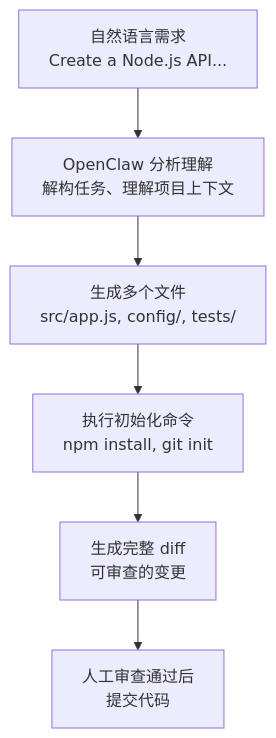
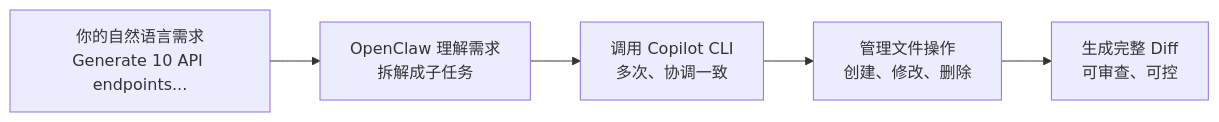
One commit to shawndenggh/shawndeng.tech changed the second of 6 diagrams in content/posts/openclaw-copilot-automation.md. Above: the diagram before and after it, drawn with Mermaid. The commit also changed other lines of this file, not shown here.

Commit message:
refactor: rewrite article - focus on using OpenClaw to orchestrate Copilot for batch code generation

````diff
--- a/content/posts/openclaw-copilot-automation.md
+++ b/content/posts/openclaw-copilot-automation.md
@@ -58,15 +37,10 @@
 ```mermaid
-graph TD
-    A["自然语言需求<br/>Create a Node.js API..."] 
-    B["OpenClaw 分析理解<br/>解构任务、理解项目上下文"]
-    C["生成多个文件<br/>src/app.js, config/, tests/"]
-    D["执行初始化命令<br/>npm install, git init"]
-    E["生成完整 diff<br/>可审查的变更"]
-    F["人工审查通过后<br/>提交代码"]
+graph LR
+    A["你的自然语言需求<br/>Generate 10 API endpoints..."]
+    B["OpenClaw 理解需求<br/>拆解成子任务"]
+    C["调用 Copilot CLI<br/>多次、协调一致"]
+    D["管理文件操作<br/>创建、修改、删除"]
+    E["生成完整 Diff<br/>可审查、可控"]
     
-    A --> B
-    B --> C
-    C --> D
-    D --> E
-    E --> F
+    A --> B --> C --> D --> E
 ```
````
